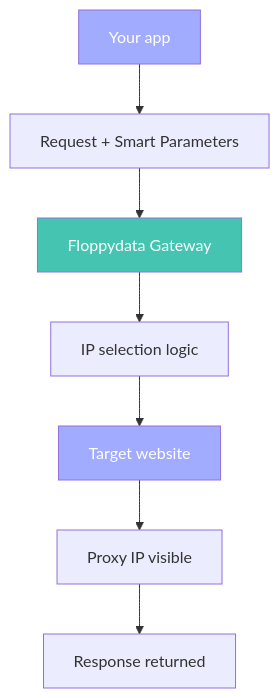
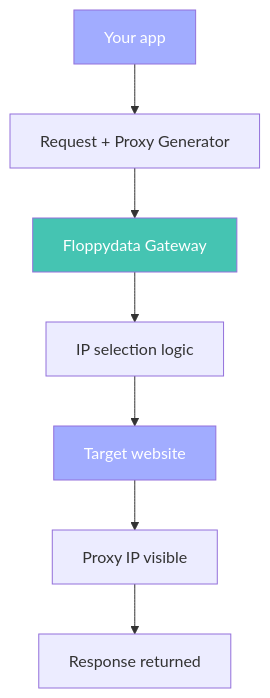
Before and after one commit to Floppydata/floppydata-docs: the first of 2 diagrams in how-floppydata-works.mdx, drawn with Mermaid. The commit also changed other lines of this file, not shown here.

First line of the commit message:
Rename "Smart Parameters" to "Proxy Generator" in how-floppydata-works.m

````diff
--- a/how-floppydata-works.mdx
+++ b/how-floppydata-works.mdx
@@ -47,13 +47,13 @@
 ```mermaid
 flowchart TD
-    A[Your app] --> B[Request + Smart Parameters]
+    A[Your app] --> B[Request + Proxy Generator]
     B --> C[Floppydata Gateway]
     C --> D[IP selection logic]
     D --> E[Target website]
     E --> F[Proxy IP visible]
     F --> G[Response returned]
 
     style A fill:#A1ACFF,color:#fff
     style C fill:#45C4B2,color:#fff
     style E fill:#A1ACFF,color:#fff
 ```
````
